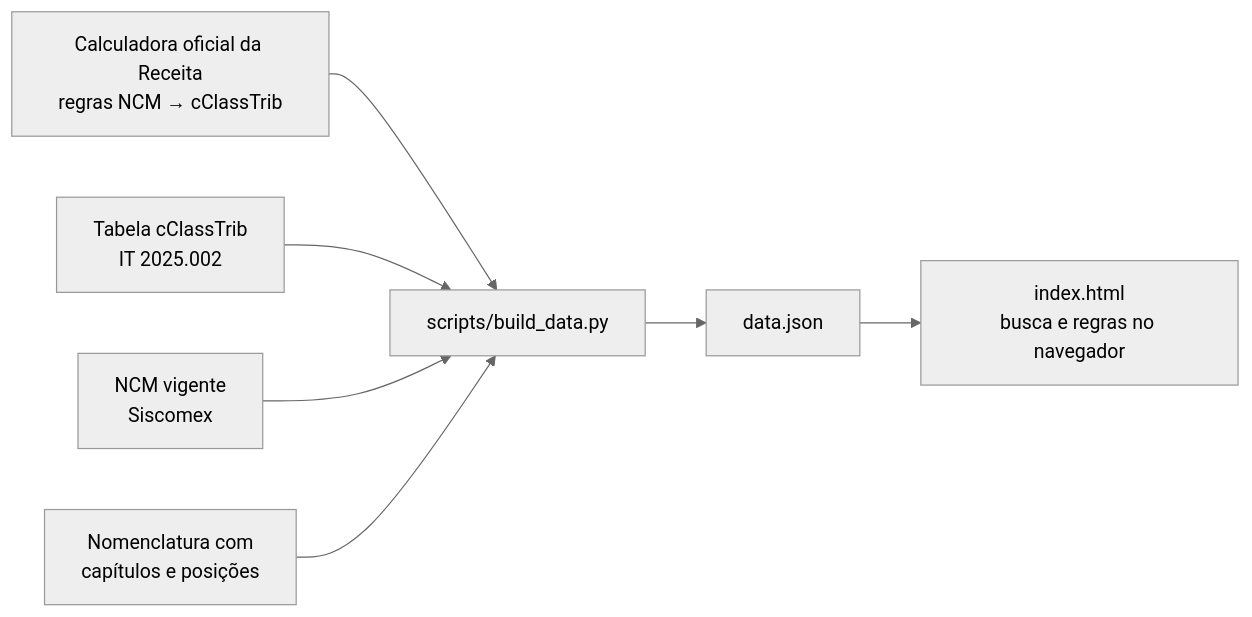
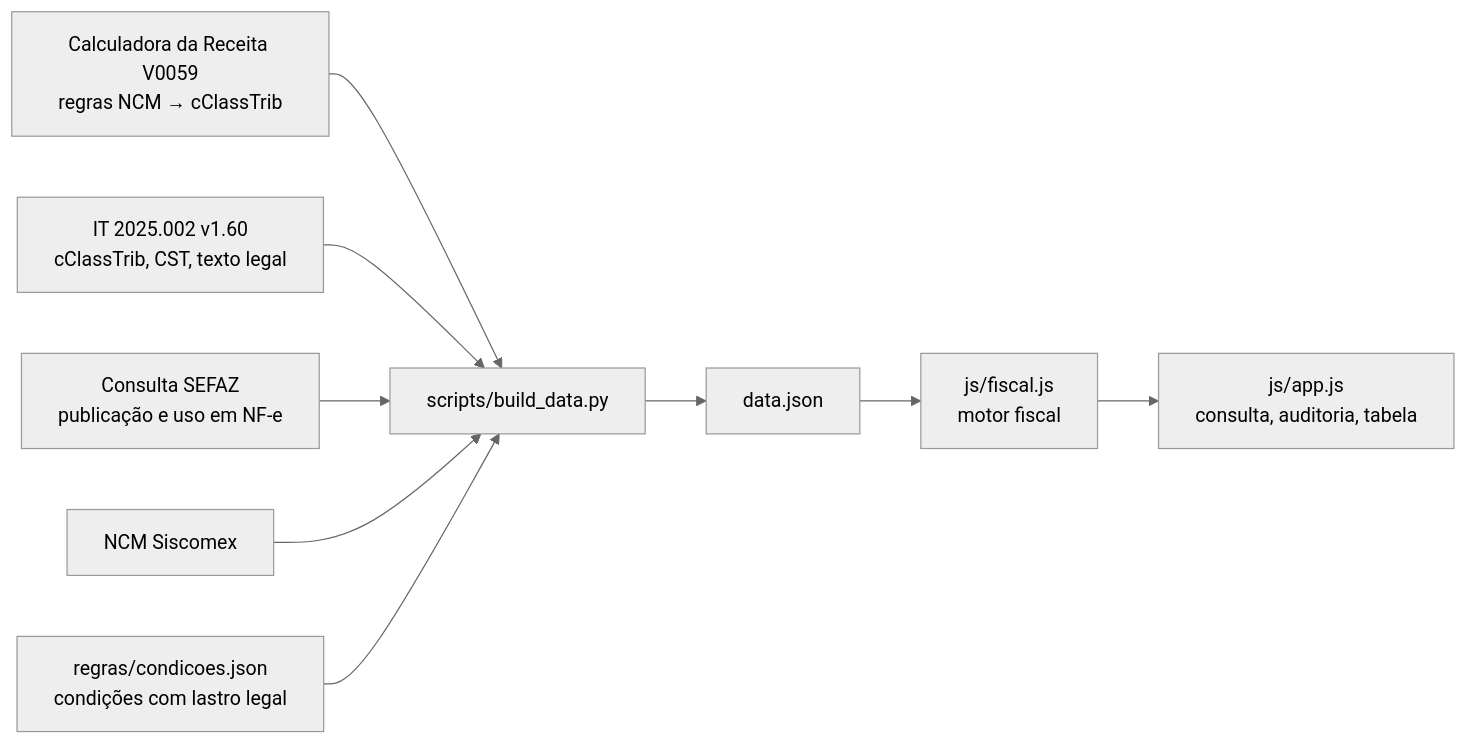
The diagram in README.md (anselmoaxo/consulta-ncm-ibs-cbs), drawn with Mermaid (neutral theme) before and after one commit. The commit also changed other lines of this file and 14 other files, not shown here.

First line of the commit message:
Consulta por operação e data, auditoria de cadastro por CSV e tabela cClassTrib

````diff
--- a/README.md
+++ b/README.md
@@ -18,9 +45,11 @@
 ```mermaid
 flowchart LR
-    A[Calculadora oficial da Receita<br/>regras NCM → cClassTrib] --> P[scripts/build_data.py]
-    B[Tabela cClassTrib<br/>IT 2025.002] --> P
-    C[NCM vigente<br/>Siscomex] --> P
-    D[Nomenclatura com<br/>capítulos e posições] --> P
+    A[Calculadora da Receita V0059<br/>regras NCM → cClassTrib] --> P[scripts/build_data.py]
+    B[IT 2025.002 v1.60<br/>cClassTrib, CST, texto legal] --> P
+    S[Consulta SEFAZ<br/>publicação e uso em NF-e] --> P
+    C[NCM Siscomex] --> P
+    R[regras/condicoes.json<br/>condições com lastro legal] --> P
     P --> J[data.json]
-    J --> W[index.html<br/>busca e regras no navegador]
+    J --> F[js/fiscal.js<br/>motor fiscal]
+    F --> W[js/app.js<br/>consulta, auditoria, tabela]
 ```
````
